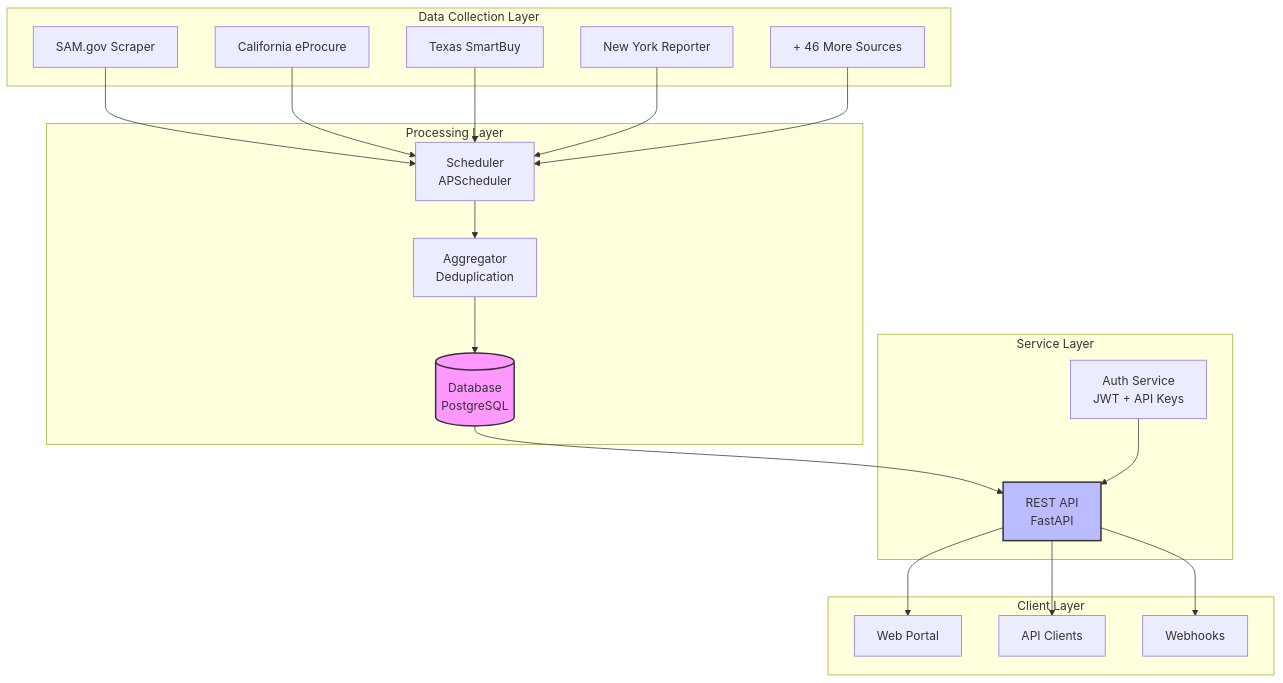
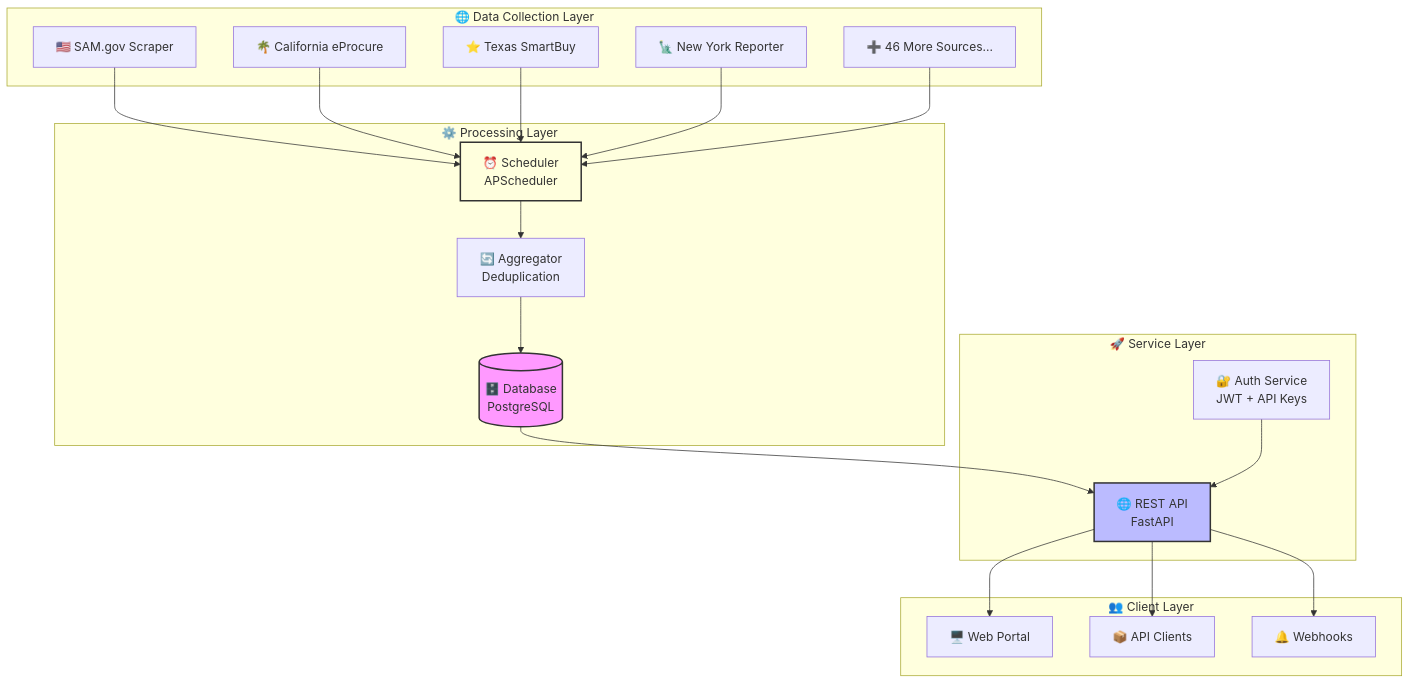
The diagram in README.md (Snapwave333/datta-Aggregator), drawn with Mermaid before and after one commit. The commit also changed other lines of this file, not shown here.

````diff
--- a/README.md
+++ b/README.md
@@ -71,37 +182,38 @@
 ```mermaid
 graph TB
-    subgraph "Data Collection Layer"
-        S1[SAM.gov Scraper]
-        S2[California eProcure]
-        S3[Texas SmartBuy]
-        S4[New York Reporter]
-        S5[+ 46 More Sources]
+    subgraph "🌐 Data Collection Layer"
+        S1[🇺🇸 SAM.gov Scraper]
+        S2[🌴 California eProcure]
+        S3[⭐ Texas SmartBuy]
+        S4[🗽 New York Reporter]
+        S5[➕ 46 More Sources...]
     end
 
-    subgraph "Processing Layer"
-        SC[Scheduler<br/>APScheduler]
-        AG[Aggregator<br/>Deduplication]
-        DB[(Database<br/>PostgreSQL)]
+    subgraph "⚙️ Processing Layer"
+        SC[⏰ Scheduler<br/>APScheduler]
+        AG[🔄 Aggregator<br/>Deduplication]
+        DB[(🗄️ Database<br/>PostgreSQL)]
     end
 
-    subgraph "Service Layer"
-        API[REST API<br/>FastAPI]
-        AUTH[Auth Service<br/>JWT + API Keys]
+    subgraph "🚀 Service Layer"
+        API[🌐 REST API<br/>FastAPI]
+        AUTH[🔐 Auth Service<br/>JWT + API Keys]
     end
 
-    subgraph "Client Layer"
-        WEB[Web Portal]
-        SDK[API Clients]
-        HOOK[Webhooks]
+    subgraph "👥 Client Layer"
+        WEB[🖥️ Web Portal]
+        SDK[📦 API Clients]
+        HOOK[🔔 Webhooks]
     end
 
     S1 & S2 & S3 & S4 & S5 --> SC
     SC --> AG
     AG --> DB
     DB --> API
     AUTH --> API
     API --> WEB & SDK & HOOK
 
     style DB fill:#f9f,stroke:#333,stroke-width:2px
     style API fill:#bbf,stroke:#333,stroke-width:2px
+    style SC fill:#ffd,stroke:#333,stroke-width:2px
 ```
````
